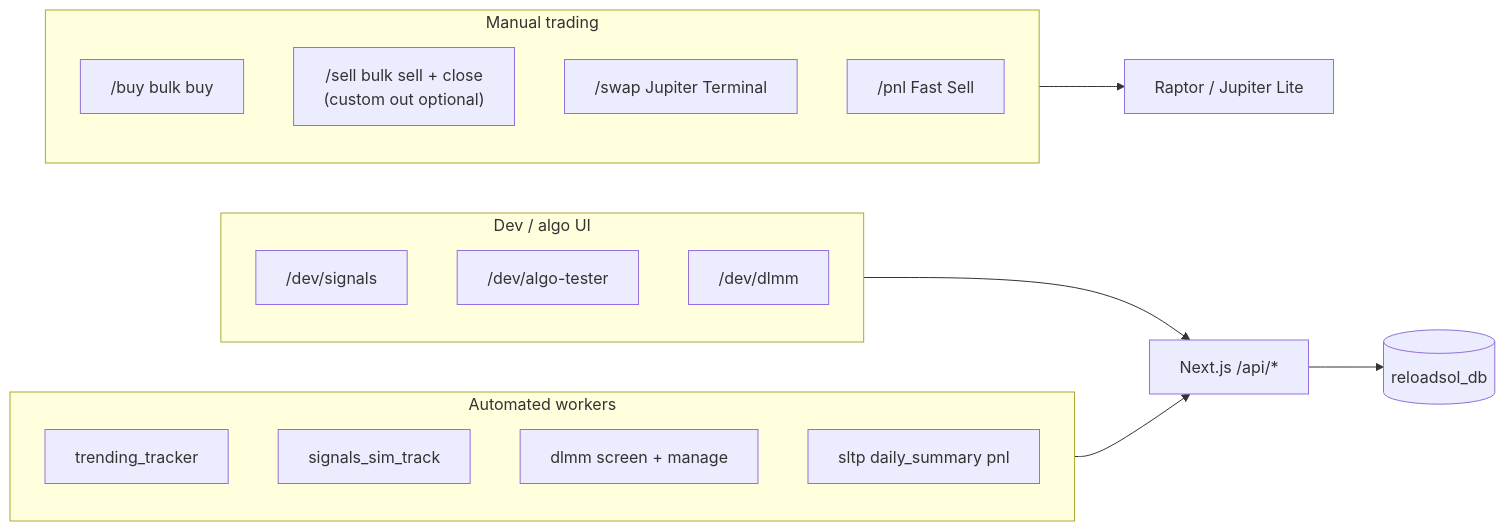
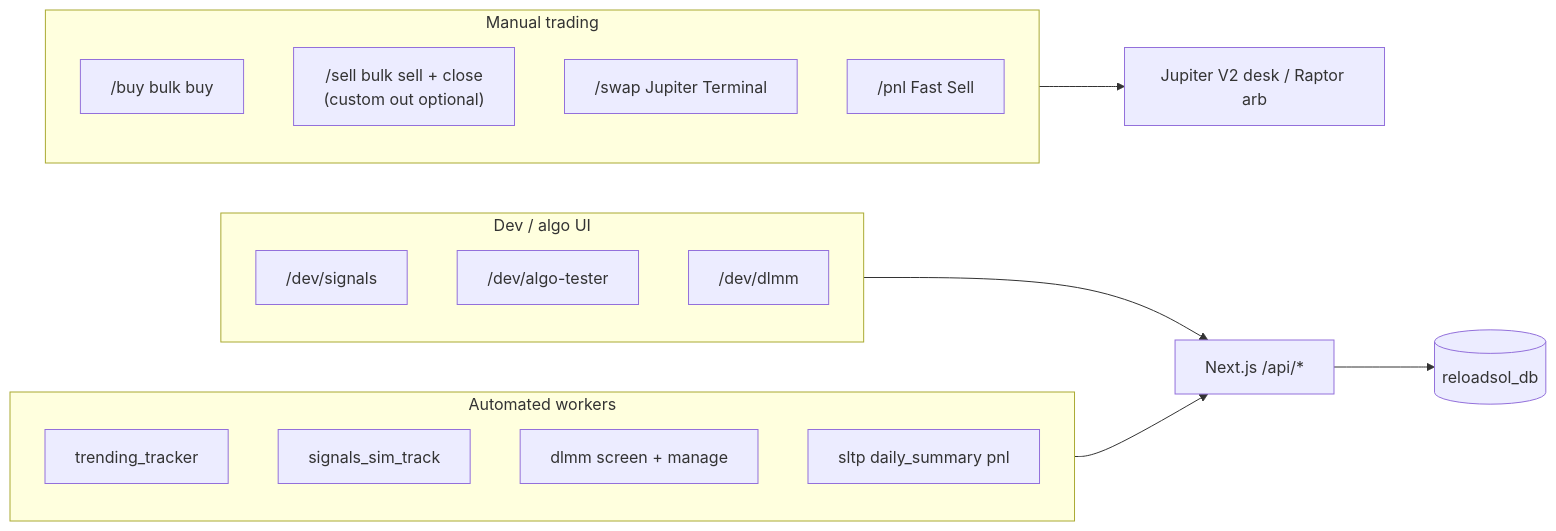
Before and after one commit to studentofcoding/reloadsol: the second of 3 diagrams in docs/architecture.md, drawn with Mermaid. The commit also changed other lines of this file and 7 other files, not shown here.

````diff
--- a/docs/architecture.md
+++ b/docs/architecture.md
@@ -70,27 +70,27 @@
 ```mermaid
 flowchart LR
   subgraph manual [Manual trading]
     Buy["/buy bulk buy"]
     Sell["/sell bulk sell + close\n(custom out optional)"]
     Swap["/swap Jupiter Terminal"]
     PnL["/pnl Fast Sell"]
   end
 
   subgraph dev [Dev / algo UI]
     Signals["/dev/signals"]
     Algo["/dev/algo-tester"]
     DLMM["/dev/dlmm"]
   end
 
   subgraph auto [Automated workers]
     Trending[trending_tracker]
     SignalsSim[signals_sim_track]
     DLMMCron[dlmm screen + manage]
     Infra[sltp daily_summary pnl]
   end
 
-  manual --> Raptor[Raptor / Jupiter Lite]
+  manual --> Raptor[Jupiter V2 desk / Raptor arb]
   dev --> API[Next.js /api/*]
   auto --> API
   API --> Postgres[(reloadsol_db)]
 ```
````
